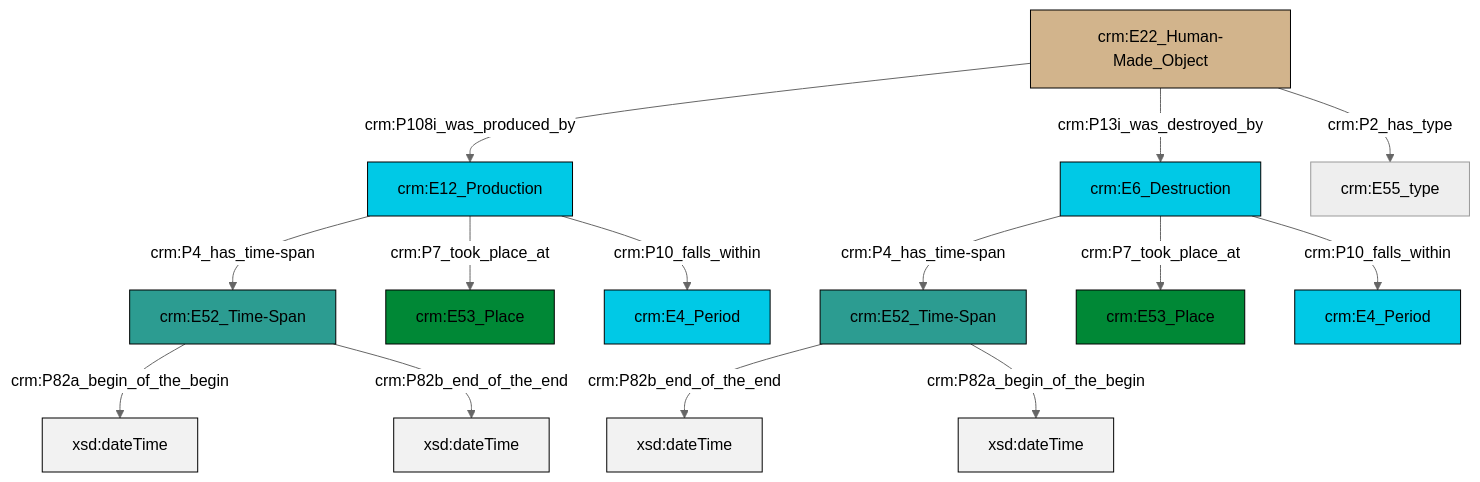
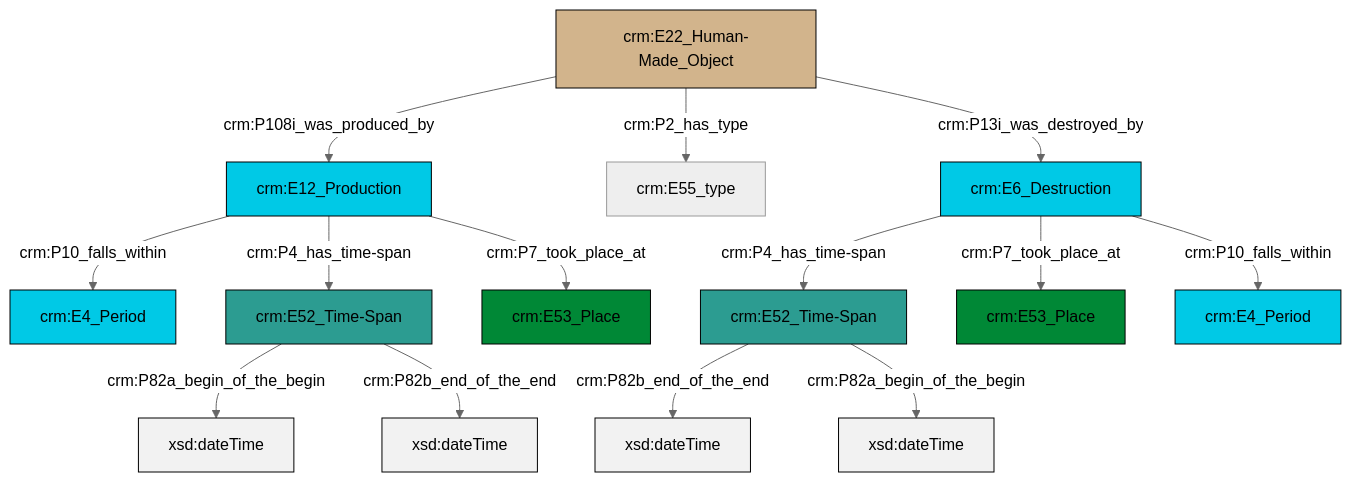
The diagram in et/builtWorkCSV/ttl/mmd/Built_Work_existence.ttl.mmd (swiss-art-research-net/reference-data-models), drawn with Mermaid (neutral theme) before and after one commit. The commit also changed 122 other files, not shown here.

```diff
--- a/et/builtWorkCSV/ttl/mmd/Built_Work_existence.ttl.mmd
+++ b/et/builtWorkCSV/ttl/mmd/Built_Work_existence.ttl.mmd
@@ -1,28 +1,28 @@
 graph TD
 classDef Literal fill:#f2f2f2,stroke:#000000;
 classDef CRM_Entity fill:#FFFFFF,stroke:#000000;
 classDef Temporal_Entity fill:#00C9E6, stroke:#000000;
 classDef Type fill:#E18312, stroke:#000000;
 classDef Time-Span fill:#2C9C91, stroke:#000000;
 classDef Appellation fill:#FFEB7F, stroke:#000000;
 classDef Place fill:#008836, stroke:#000000;
 classDef Persistent_Item fill:#B266B2, stroke:#000000;
 classDef Conceptual_Object fill:#FFD700, stroke:#000000;
 classDef Physical_Thing fill:#D2B48C, stroke:#000000;
 classDef Actor fill:#f58aad, stroke:#000000;
 classDef PC_Classes fill:#4ce600, stroke:#000000;
 classDef Multi fill:#cccccc,stroke:#000000;
 
-0["crm:E52_Time-Span"]:::Time-Span -->|crm:P82a_begin_of_the_begin| 1[xsd:dateTime]:::Literal
-2["crm:E22_Human-Made_Object"]:::Physical_Thing -->|crm:P108i_was_produced_by| 3["crm:E12_Production"]:::Temporal_Entity
-3["crm:E12_Production"]:::Temporal_Entity -->|crm:P7_took_place_at| 4["crm:E53_Place"]:::Place
-7["crm:E52_Time-Span"]:::Time-Span -->|crm:P82b_end_of_the_end| 8[xsd:dateTime]:::Literal
-3["crm:E12_Production"]:::Temporal_Entity -->|crm:P4_has_time-span| 0["crm:E52_Time-Span"]:::Time-Span
-10["crm:E6_Destruction"]:::Temporal_Entity -->|crm:P4_has_time-span| 7["crm:E52_Time-Span"]:::Time-Span
-3["crm:E12_Production"]:::Temporal_Entity -->|crm:P10_falls_within| 5["crm:E4_Period"]:::Temporal_Entity
-7["crm:E52_Time-Span"]:::Time-Span -->|crm:P82a_begin_of_the_begin| 13[xsd:dateTime]:::Literal
-2["crm:E22_Human-Made_Object"]:::Physical_Thing -->|crm:P13i_was_destroyed_by| 10["crm:E6_Destruction"]:::Temporal_Entity
-0["crm:E52_Time-Span"]:::Time-Span -->|crm:P82b_end_of_the_end| 20[xsd:dateTime]:::Literal
-10["crm:E6_Destruction"]:::Temporal_Entity -->|crm:P7_took_place_at| 17["crm:E53_Place"]:::Place
-10["crm:E6_Destruction"]:::Temporal_Entity -->|crm:P10_falls_within| 22["crm:E4_Period"]:::Temporal_Entity
-2["crm:E22_Human-Made_Object"]:::Physical_Thing -->|crm:P2_has_type| 14["crm:E55_type"]:::Default
+0["crm:E6_Destruction"]:::Temporal_Entity -->|crm:P4_has_time-span| 2["crm:E52_Time-Span"]:::Time-Span
+10["crm:E12_Production"]:::Temporal_Entity -->|crm:P10_falls_within| 8["crm:E4_Period"]:::Temporal_Entity
+11["crm:E22_Human-Made_Object"]:::Physical_Thing -->|crm:P108i_was_produced_by| 10["crm:E12_Production"]:::Temporal_Entity
+0["crm:E6_Destruction"]:::Temporal_Entity -->|crm:P7_took_place_at| 4["crm:E53_Place"]:::Place
+2["crm:E52_Time-Span"]:::Time-Span -->|crm:P82b_end_of_the_end| 14[xsd:dateTime]:::Literal
+11["crm:E22_Human-Made_Object"]:::Physical_Thing -->|crm:P2_has_type| 12["crm:E55_type"]:::Default
+2["crm:E52_Time-Span"]:::Time-Span -->|crm:P82a_begin_of_the_begin| 16[xsd:dateTime]:::Literal
+11["crm:E22_Human-Made_Object"]:::Physical_Thing -->|crm:P13i_was_destroyed_by| 0["crm:E6_Destruction"]:::Temporal_Entity
+6["crm:E52_Time-Span"]:::Time-Span -->|crm:P82a_begin_of_the_begin| 19[xsd:dateTime]:::Literal
+10["crm:E12_Production"]:::Temporal_Entity -->|crm:P4_has_time-span| 6["crm:E52_Time-Span"]:::Time-Span
+0["crm:E6_Destruction"]:::Temporal_Entity -->|crm:P10_falls_within| 20["crm:E4_Period"]:::Temporal_Entity
+10["crm:E12_Production"]:::Temporal_Entity -->|crm:P7_took_place_at| 17["crm:E53_Place"]:::Place
+6["crm:E52_Time-Span"]:::Time-Span -->|crm:P82b_end_of_the_end| 23[xsd:dateTime]:::Literal
```
